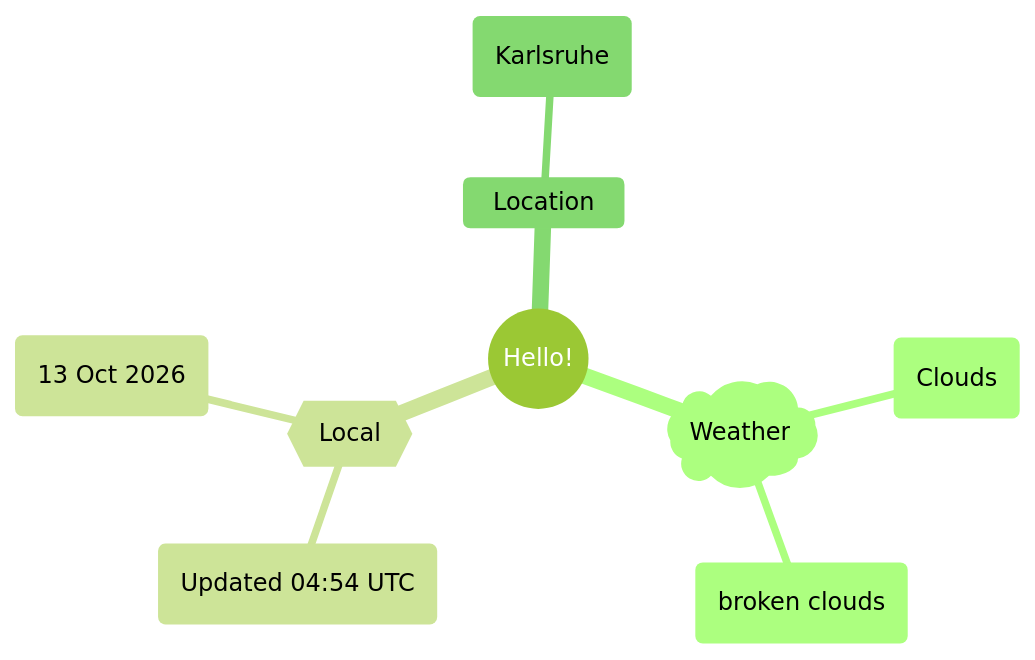
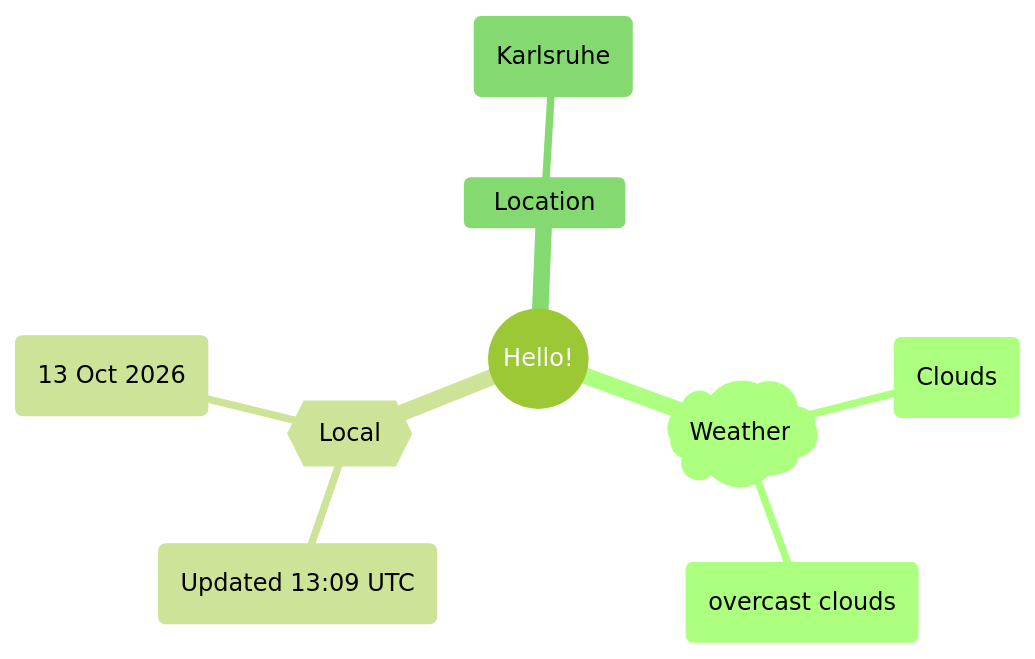
One commit to Xosrov/Xosrov changed the first of 2 diagrams in README.md. Above: the diagram before and after it, drawn with Mermaid (forest theme).

Commit message:
[bot] updated images

````diff
--- a/README.md
+++ b/README.md
@@ -3,12 +3,12 @@
 ```mermaid
 mindmap
   root((Hello!))
     )Weather(
         (Clouds)
-        (broken clouds)
+        (overcast clouds)
     {{Local}}
-        (Updated 04:54 UTC)
+        (Updated 13:09 UTC)
         (13 Oct 2026)
     Location
         (Karlsruhe)
 ```
````
